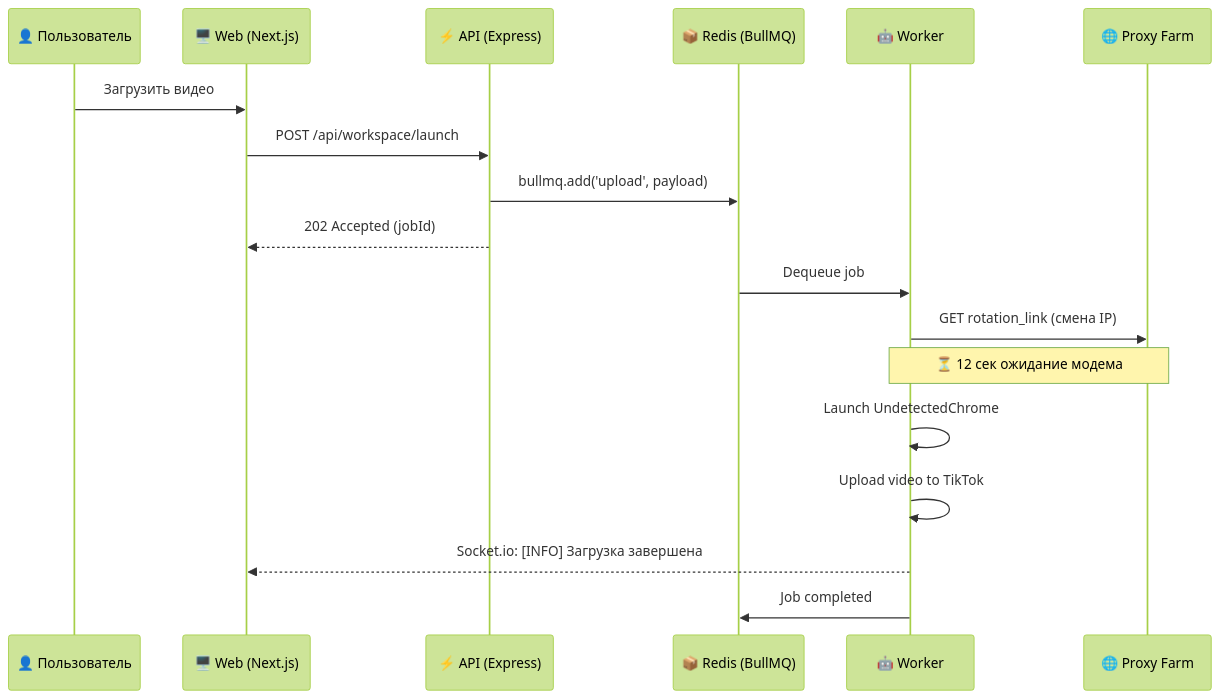
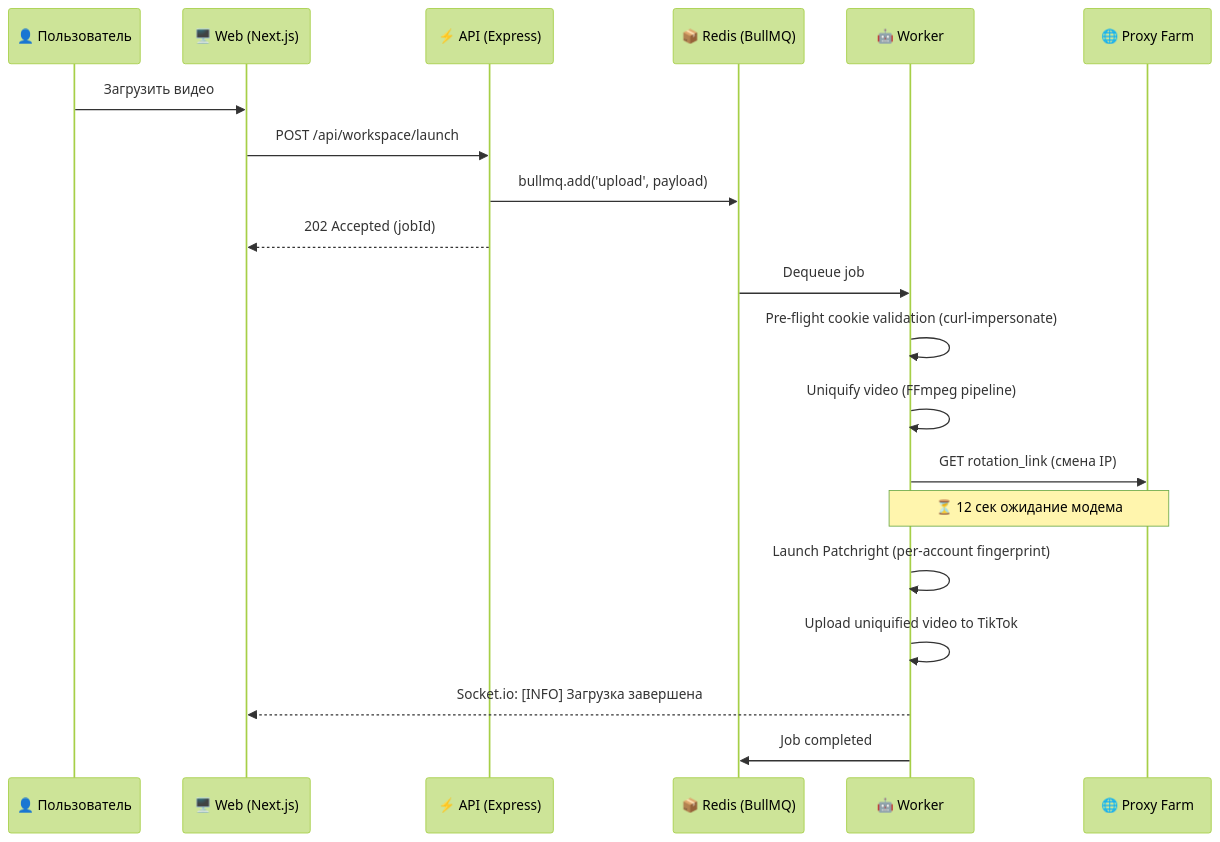
The second of 6 diagrams in README.md (simu-lacrum/melonitymedia), drawn with Mermaid (forest theme) before and after one commit. The commit also changed other lines of this file, not shown here.

First line of the commit message:
docs: update README for v3 antidetect architecture

````diff
--- a/README.md
+++ b/README.md
@@ -110,22 +118,24 @@
 ```mermaid
 sequenceDiagram
     participant U as 👤 Пользователь
     participant W as 🖥️ Web (Next.js)
     participant A as ⚡ API (Express)
     participant R as 📦 Redis (BullMQ)
     participant WK as 🤖 Worker
     participant P as 🌐 Proxy Farm
 
     U->>W: Загрузить видео
     W->>A: POST /api/workspace/launch
     A->>R: bullmq.add('upload', payload)
     A-->>W: 202 Accepted (jobId)
 
     R->>WK: Dequeue job
+    WK->>WK: Pre-flight cookie validation (curl-impersonate)
+    WK->>WK: Uniquify video (FFmpeg pipeline)
     WK->>P: GET rotation_link (смена IP)
     Note over WK,P: ⏳ 12 сек ожидание модема
-    WK->>WK: Launch UndetectedChrome
-    WK->>WK: Upload video to TikTok
+    WK->>WK: Launch Patchright (per-account fingerprint)
+    WK->>WK: Upload uniquified video to TikTok
     WK-->>W: Socket.io: [INFO] Загрузка завершена
     WK->>R: Job completed
 ```
````
